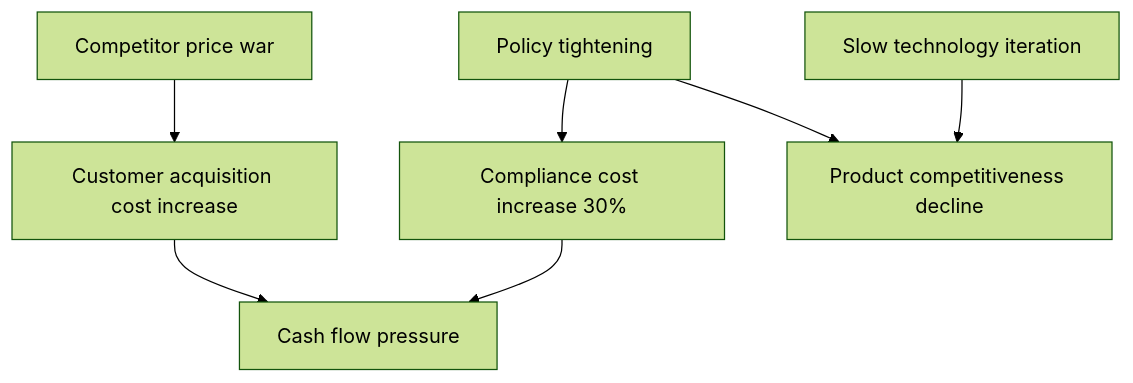
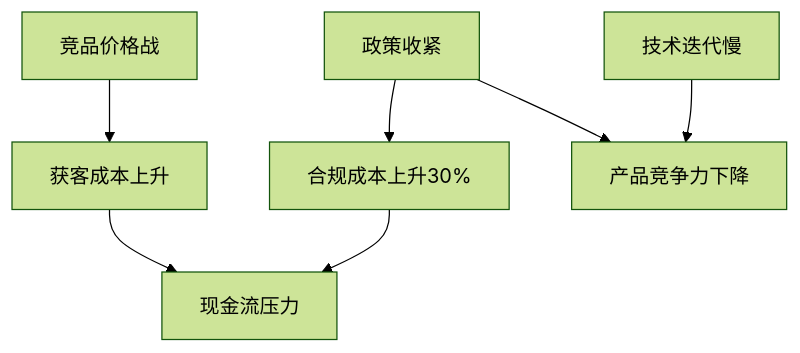
The second of 2 diagrams in templates/Product/Strategy/Template-Market-Research.md (Kirky-X/cangjie), drawn with Mermaid (forest theme) before and after one commit. The commit also changed other lines of this file and 33 other files, not shown here.

````diff
--- a/templates/Product/Strategy/Template-Market-Research.md
+++ b/templates/Product/Strategy/Template-Market-Research.md
@@ -639,9 +639,9 @@
 ```mermaid
 flowchart TD
-    R1[Policy tightening] --> I1[Compliance cost increase 30%]
-    R2[Competitor price war] --> I2[Customer acquisition cost increase]
-    R3[Slow technology iteration] --> I3[Product competitiveness decline]
+    R1[政策收紧] --> I1[合规成本上升30%]
+    R2[竞品价格战] --> I2[获客成本上升]
+    R3[技术迭代慢] --> I3[产品竞争力下降]
     R1 --> I3
-    I1 --> I4[Cash flow pressure]
+    I1 --> I4[现金流压力]
     I2 --> I4
 ```
````
